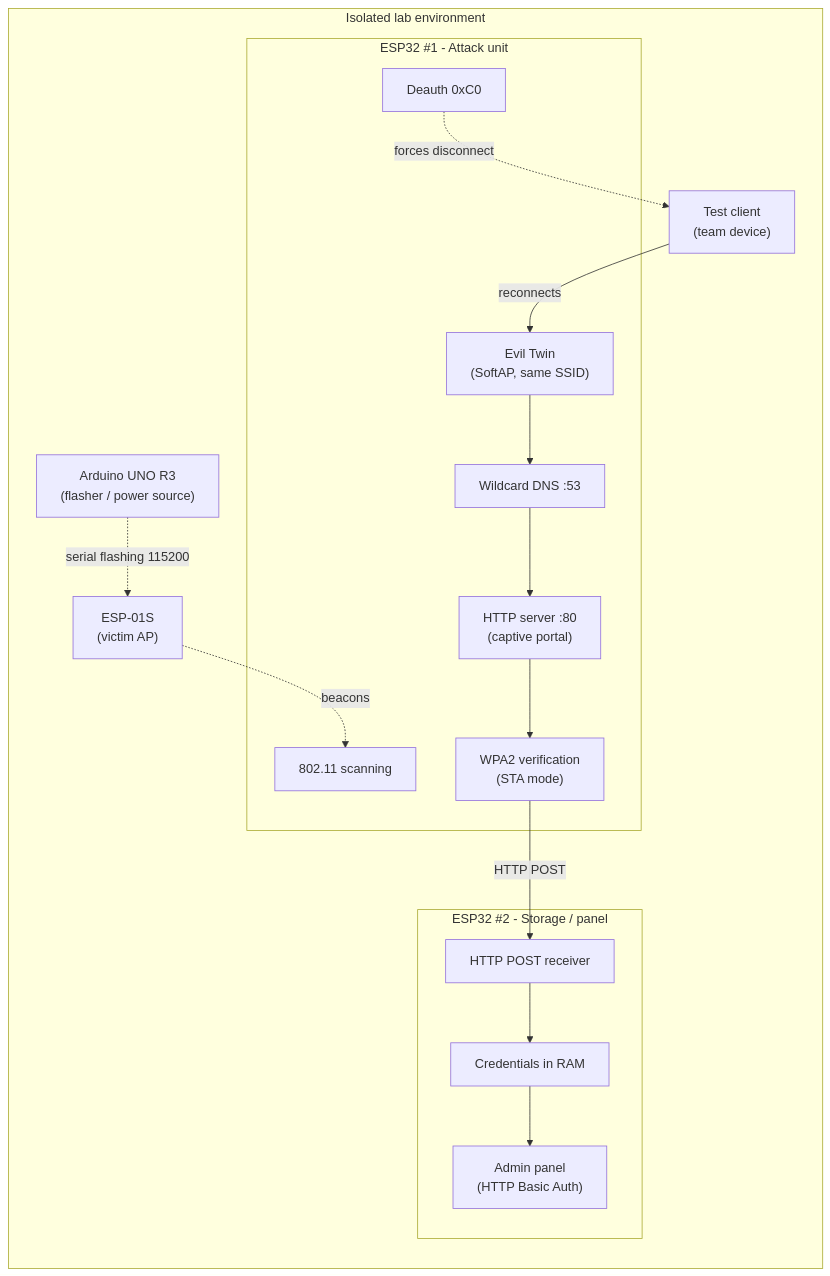
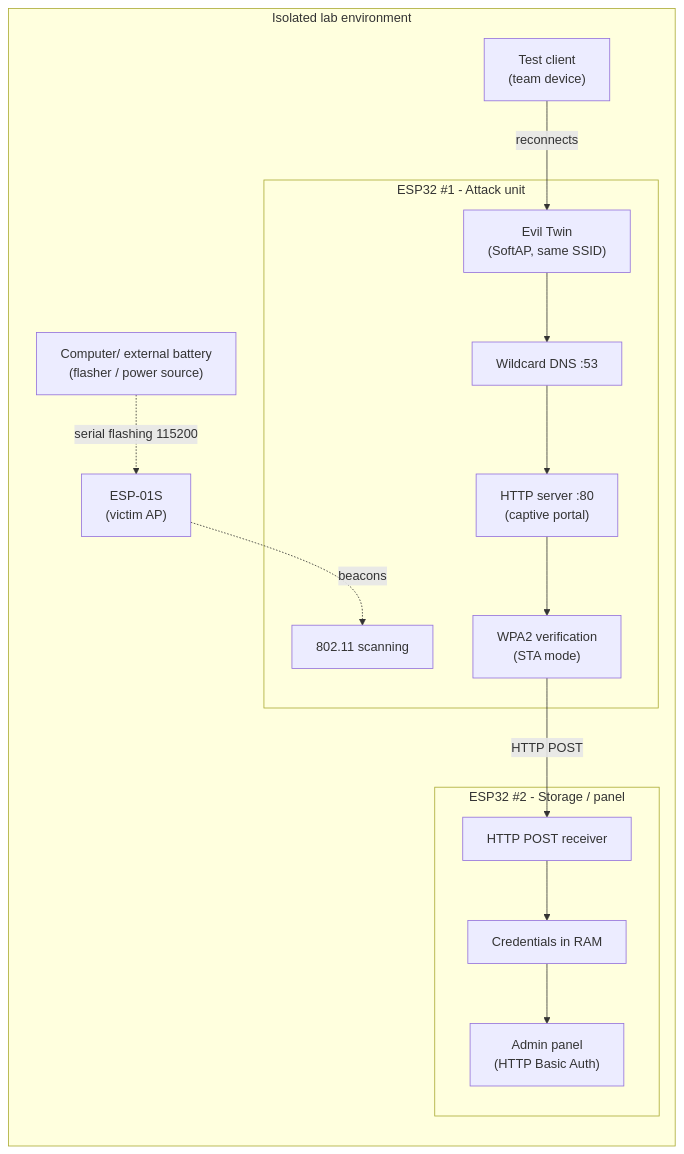
Before and after one commit to joaks07/Proyect-EvilTwin-ESP32: the diagram in README.md, drawn with Mermaid. The commit also changed other lines of this file, not shown here.

````diff
--- a/README.md
+++ b/README.md
@@ -106,31 +99,29 @@
 ```mermaid
 flowchart LR
     subgraph LAB["Isolated lab environment"]
         VICT["ESP-01S<br/>(victim AP)"]
-        UNO["Arduino UNO R3<br/>(flasher / power source)"]
+        UNO["Computer/ external battery<br/>(flasher / power source)"]
         UNO -. "serial flashing 115200" .-> VICT
 
         subgraph ATK["ESP32 #1 - Attack unit"]
             SCAN["802.11 scanning"]
-            DEAUTH["Deauth 0xC0"]
             ET["Evil Twin<br/>(SoftAP, same SSID)"]
             DNS["Wildcard DNS :53"]
             HTTP["HTTP server :80<br/>(captive portal)"]
             VER["WPA2 verification<br/>(STA mode)"]
         end
 
         subgraph STORE["ESP32 #2 - Storage / panel"]
             RX["HTTP POST receiver"]
             RAM["Credentials in RAM"]
             PANEL["Admin panel<br/>(HTTP Basic Auth)"]
         end
 
         CLI["Test client<br/>(team device)"]
     end
 
     VICT -. "beacons" .-> SCAN
-    DEAUTH -. "forces disconnect" .-> CLI
     CLI -->|"reconnects"| ET
     ET --> DNS --> HTTP --> VER
     VER -->|"HTTP POST"| RX --> RAM --> PANEL
 ```
````
